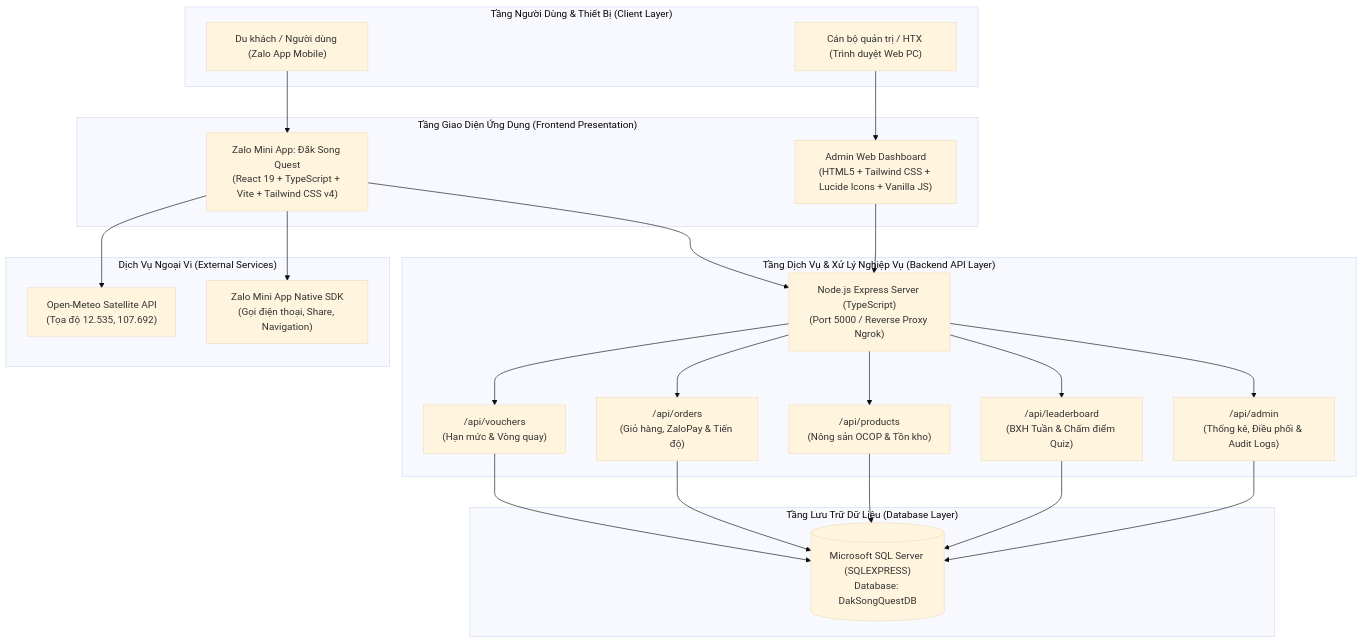
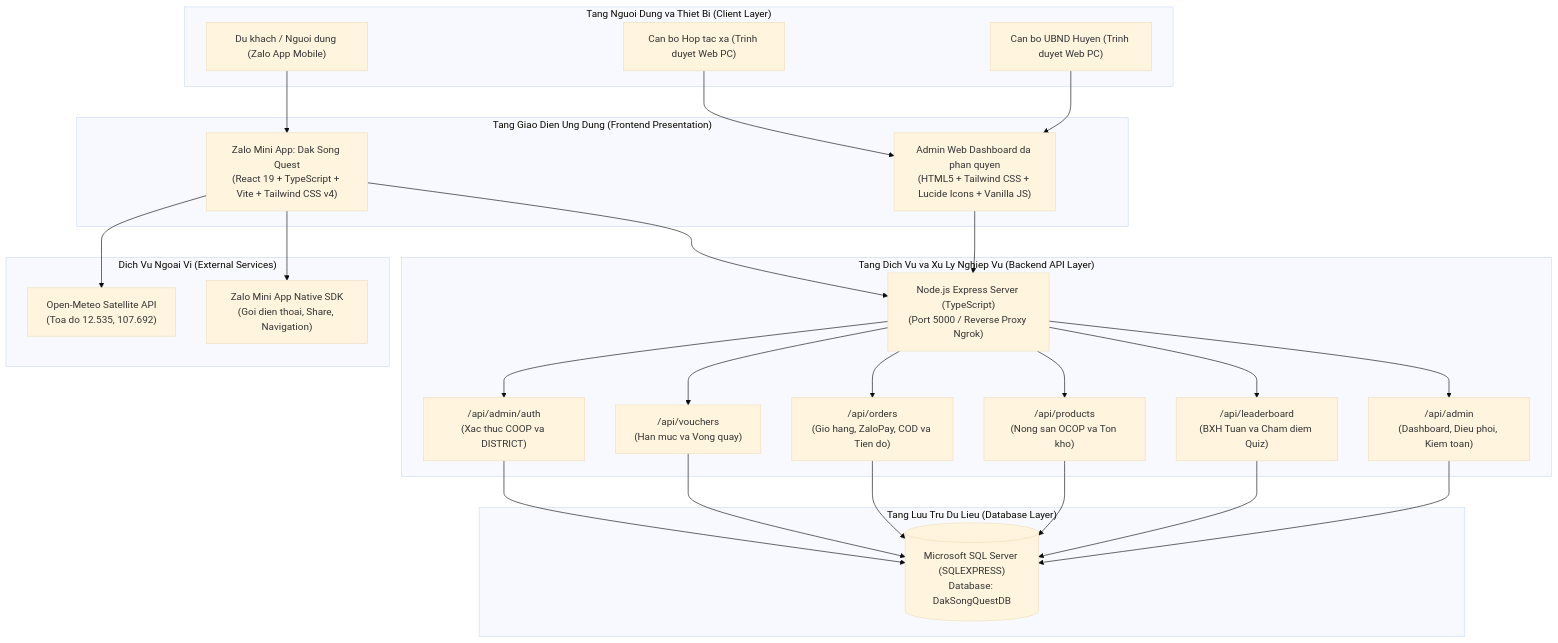
One commit to ZangKai2k3/dak-song-quest changed the first of 4 diagrams in MO_TA_HE_THONG.md. Above: the diagram before and after it, drawn with Mermaid (base theme). The commit also changed other lines of this file and 8 other files, not shown here.

Commit message:
feat: phan quyen admin HTX va Huyen, tich hop thanh toan ZaloPay va COD, hoan thien quy trinh don hang va cap nhat tai lieu

````diff
--- a/MO_TA_HE_THONG.md
+++ b/MO_TA_HE_THONG.md
@@ -32,51 +36,56 @@
 ```mermaid
 graph TD
-    subgraph "Tầng Người Dùng & Thiết Bị (Client Layer)"
-        UserMobile["Du khách / Người dùng (Zalo App Mobile)"]
-        UserAdmin["Cán bộ quản trị / HTX (Trình duyệt Web PC)"]
+    subgraph "Tang Nguoi Dung va Thiet Bi (Client Layer)"
+        UserMobile["Du khach / Nguoi dung (Zalo App Mobile)"]
+        UserAdminCoop["Can bo Hop tac xa (Trinh duyet Web PC)"]
+        UserAdminDist["Can bo UBND Huyen (Trinh duyet Web PC)"]
     end
 
-    subgraph "Tầng Giao Diện Ứng Dụng (Frontend Presentation)"
-        MiniApp["Zalo Mini App: Đắk Song Quest\n(React 19 + TypeScript + Vite + Tailwind CSS v4)"]
-        AdminCMS["Admin Web Dashboard\n(HTML5 + Tailwind CSS + Lucide Icons + Vanilla JS)"]
+    subgraph "Tang Giao Dien Ung Dung (Frontend Presentation)"
+        MiniApp["Zalo Mini App: Dak Song Quest\n(React 19 + TypeScript + Vite + Tailwind CSS v4)"]
+        AdminCMS["Admin Web Dashboard da phan quyen\n(HTML5 + Tailwind CSS + Lucide Icons + Vanilla JS)"]
     end
 
-    subgraph "Tầng Dịch Vụ & Xử Lý Nghiệp Vụ (Backend API Layer)"
+    subgraph "Tang Dich Vu va Xu Ly Nghiep Vu (Backend API Layer)"
         ExpressServer["Node.js Express Server (TypeScript)\n(Port 5000 / Reverse Proxy Ngrok)"]
         
-        RouterVoucher["/api/vouchers\n(Hạn mức & Vòng quay)"]
-        RouterOrder["/api/orders\n(Giỏ hàng, ZaloPay & Tiến độ)"]
-        RouterProduct["/api/products\n(Nông sản OCOP & Tồn kho)"]
-        RouterLB["/api/leaderboard\n(BXH Tuần & Chấm điểm Quiz)"]
-        RouterAdmin["/api/admin\n(Thống kê, Điều phối & Audit Logs)"]
+        RouterAuth["/api/admin/auth\n(Xac thuc COOP va DISTRICT)"]
+        RouterVoucher["/api/vouchers\n(Han muc va Vong quay)"]
+        RouterOrder["/api/orders\n(Gio hang, ZaloPay, COD va Tien do)"]
+        RouterProduct["/api/products\n(Nong san OCOP va Ton kho)"]
+        RouterLB["/api/leaderboard\n(BXH Tuan va Cham diem Quiz)"]
+        RouterAdmin["/api/admin\n(Dashboard, Dieu phoi, Kiem toan)"]
     end
 
-    subgraph "Tầng Lưu Trữ Dữ Liệu (Database Layer)"
+    subgraph "Tang Luu Tru Du Lieu (Database Layer)"
         MSSQL[("Microsoft SQL Server (SQLEXPRESS)\nDatabase: DakSongQuestDB")]
     end
 
-    subgraph "Dịch Vụ Ngoại Vi (External Services)"
-        OpenMeteo["Open-Meteo Satellite API\n(Tọa độ 12.535, 107.692)"]
-        ZaloSDK["Zalo Mini App Native SDK\n(Gọi điện thoại, Share, Navigation)"]
+    subgraph "Dich Vu Ngoai Vi (External Services)"
+        OpenMeteo["Open-Meteo Satellite API\n(Toa do 12.535, 107.692)"]
+        ZaloSDK["Zalo Mini App Native SDK\n(Goi dien thoai, Share, Navigation)"]
     end
 
     UserMobile --> MiniApp
-    UserAdmin --> AdminCMS
+    UserAdminCoop --> AdminCMS
+    UserAdminDist --> AdminCMS
 
     MiniApp --> ExpressServer
     MiniApp --> OpenMeteo
     MiniApp --> ZaloSDK
     AdminCMS --> ExpressServer
 
+    ExpressServer --> RouterAuth
     ExpressServer --> RouterVoucher
     ExpressServer --> RouterOrder
     ExpressServer --> RouterProduct
     ExpressServer --> RouterLB
     ExpressServer --> RouterAdmin
 
+    RouterAuth --> MSSQL
     RouterVoucher --> MSSQL
     RouterOrder --> MSSQL
     RouterProduct --> MSSQL
     RouterLB --> MSSQL
     RouterAdmin --> MSSQL
 ```
````
